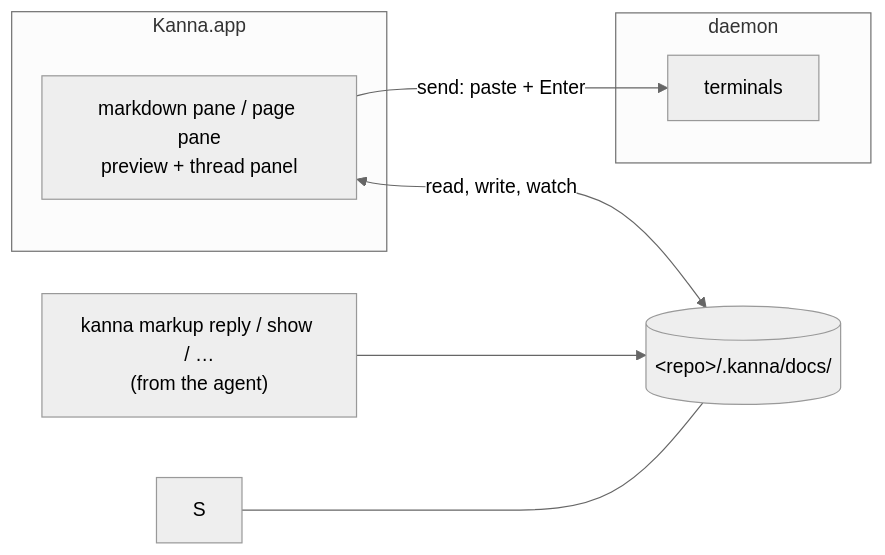
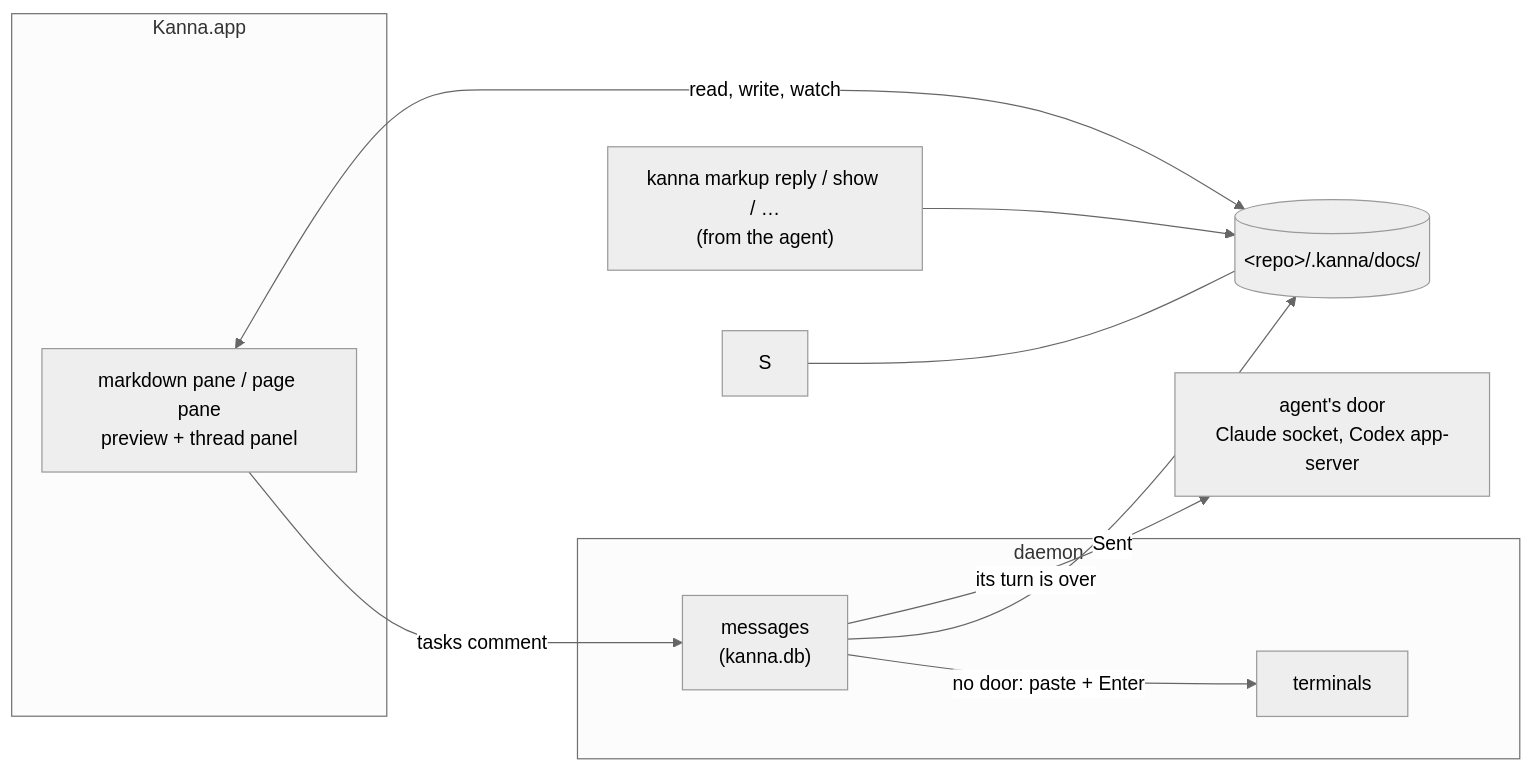
Before and after one commit to tampopogk/kanna: the third of 4 diagrams in docs/specs/doc-markup.md, drawn with Mermaid (neutral theme). The commit also changed other lines of this file and 21 other files, not shown here.

First line of the commit message:
Doc markup comments are agent messages

````diff
--- a/docs/specs/doc-markup.md
+++ b/docs/specs/doc-markup.md
@@ -156,15 +168,20 @@
 ```mermaid
 flowchart LR
     subgraph app["Kanna.app"]
         V["markdown pane / page pane<br/>preview + thread panel"]
     end
     F["thread file<br/>.kanna/docs/PATH.json"]
     subgraph daemon["daemon"]
+        M["messages<br/>(kanna.db)"]
         T["terminals"]
     end
+    A["agent's door<br/>Claude socket, Codex app-server"]
     CLI["kanna markup reply / show / …<br/>(from the agent)"]
     V <-->|"read, write, watch"| F
-    V -->|"send: paste + Enter"| T
+    V -->|"tasks comment"| M
+    M -->|"its turn is over"| A
+    M -->|"Sent"| F
+    M -->|"no door: paste + Enter"| T
     CLI --> F
     S --- F[("&lt;repo&gt;/.kanna/docs/")]
 ```
````
